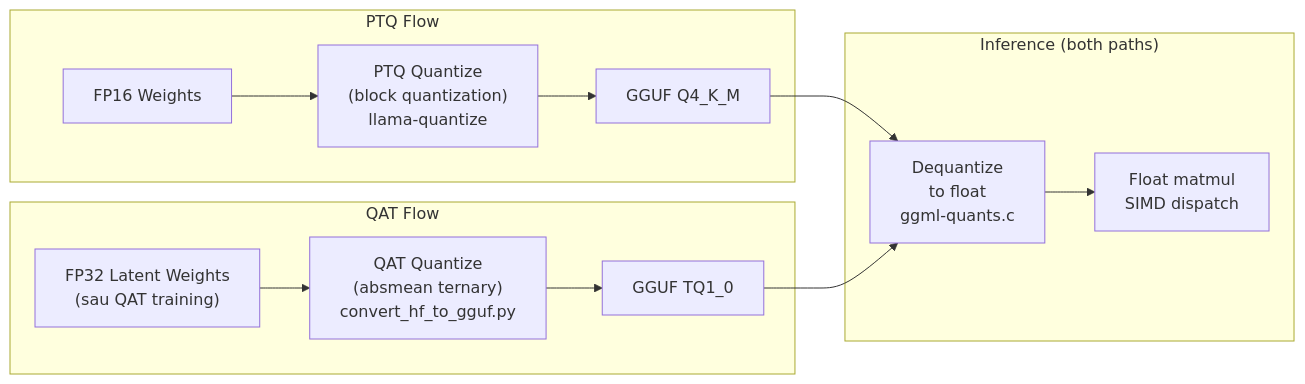
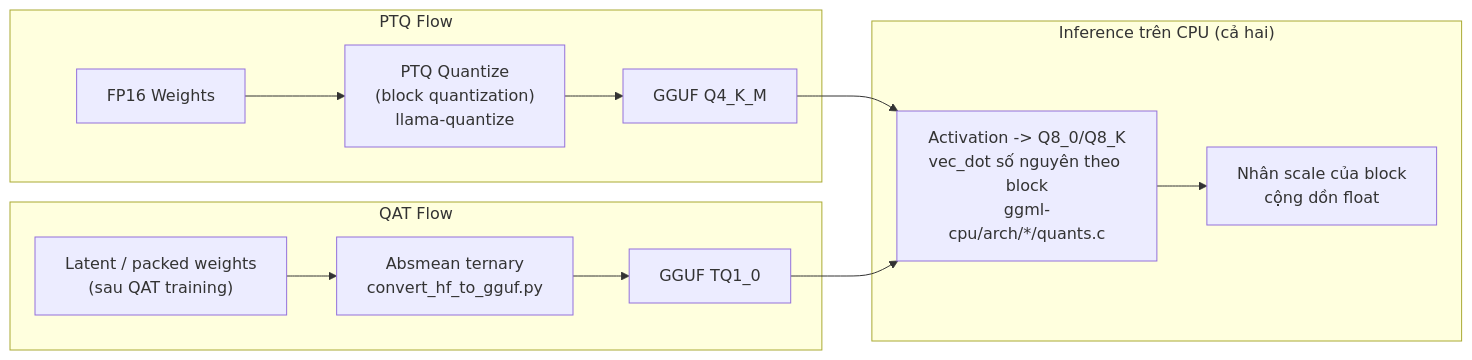
One commit to tuandung222/llama-cpp-architecture-lectures changed the second of 2 diagrams in docs/theory_deep_dive/theory_8_qat_ptq_convergence.md. Above: the diagram before and after it, drawn with Mermaid. The commit also changed other lines of this file and 25 other files, not shown here.

````diff
--- a/docs/theory_deep_dive/theory_8_qat_ptq_convergence.md
+++ b/docs/theory_deep_dive/theory_8_qat_ptq_convergence.md
@@ -116,16 +117,16 @@
 ```mermaid
 graph LR
     subgraph "PTQ Flow"
         FP16_1["FP16 Weights"] --> PQ["PTQ Quantize\n(block quantization)\nllama-quantize"]
         PQ --> GGUF_1["GGUF Q4_K_M"]
     end
     subgraph "QAT Flow"
-        FP32["FP32 Latent Weights\n(sau QAT training)"] --> QQ["QAT Quantize\n(absmean ternary)\nconvert_hf_to_gguf.py"]
+        FP32["Latent / packed weights\n(sau QAT training)"] --> QQ["Absmean ternary\nconvert_hf_to_gguf.py"]
         QQ --> GGUF_2["GGUF TQ1_0"]
     end
-    subgraph "Inference (both paths)"
-        GGUF_1 --> DQ["Dequantize\nto float\nggml-quants.c"]
-        GGUF_2 --> DQ
-        DQ --> MUL["Float matmul\nSIMD dispatch"]
+    subgraph "Inference trên CPU (cả hai)"
+        GGUF_1 --> VD["Activation -> Q8_0/Q8_K\nvec_dot số nguyên theo block\nggml-cpu/arch/*/quants.c"]
+        GGUF_2 --> VD
+        VD --> MUL["Nhân scale của block\ncộng dồn float"]
     end
 ```
````
